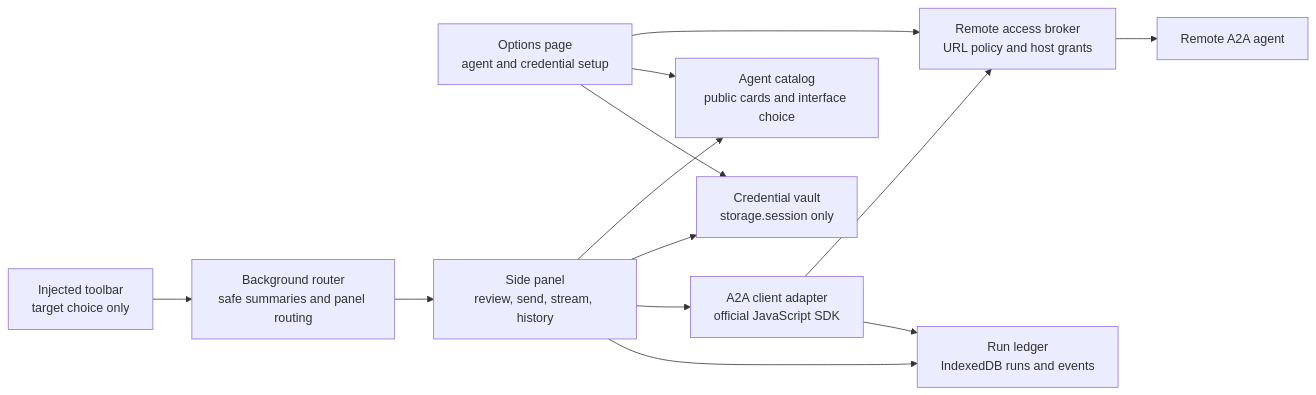
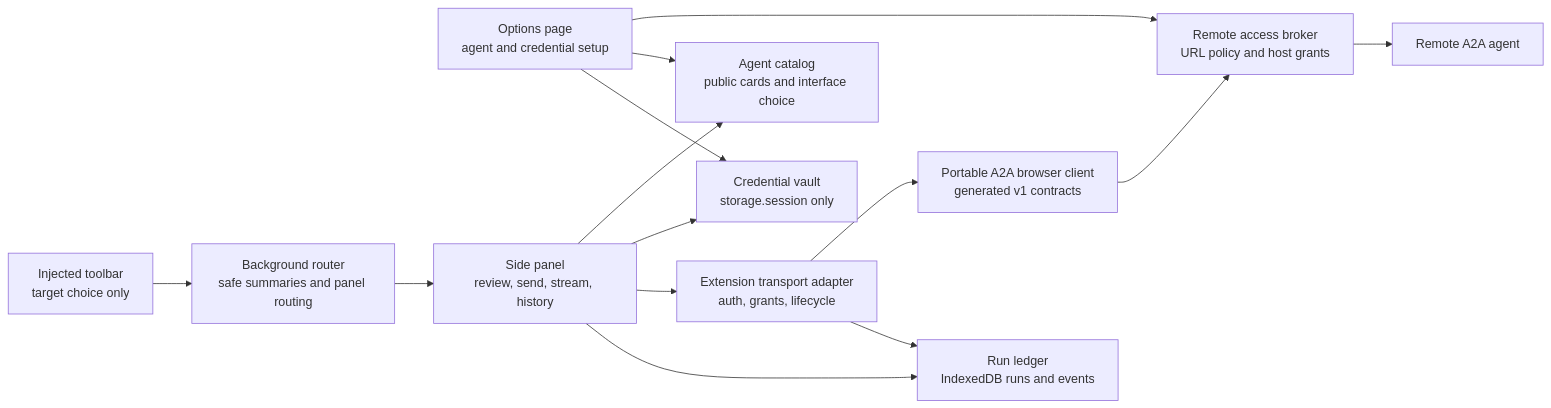
The first of 6 diagrams in docs/plans/A2A-client/README.md (whizzzkid/point-and-shoot), drawn with Mermaid before and after one commit. The commit also changed other lines of this file and 6 other files, not shown here.

First line of the commit message:
docs(a2a): 📝 plan the portable browser client

````diff
--- a/docs/plans/A2A-client/README.md
+++ b/docs/plans/A2A-client/README.md
@@ -125,24 +135,26 @@
 ```mermaid
 flowchart LR
   Page["Injected toolbar<br/>target choice only"]
   Background["Background router<br/>safe summaries and panel routing"]
   Options["Options page<br/>agent and credential setup"]
   Panel["Side panel<br/>review, send, stream, history"]
   Permission["Remote access broker<br/>URL policy and host grants"]
   Catalog["Agent catalog<br/>public cards and interface choice"]
   Vault["Credential vault<br/>storage.session only"]
-  Client["A2A client adapter<br/>official JavaScript SDK"]
+  Adapter["Extension transport adapter<br/>auth, grants, lifecycle"]
+  Client["Portable A2A browser client<br/>generated v1 contracts"]
   Ledger["Run ledger<br/>IndexedDB runs and events"]
   Agent["Remote A2A agent"]
 
   Page --> Background --> Panel
   Options --> Permission
   Options --> Catalog
   Options --> Vault
   Panel --> Catalog
   Panel --> Vault
-  Panel --> Client
+  Panel --> Adapter
   Panel --> Ledger
+  Adapter --> Client
   Client --> Permission --> Agent
-  Client --> Ledger
+  Adapter --> Ledger
 ```
````
